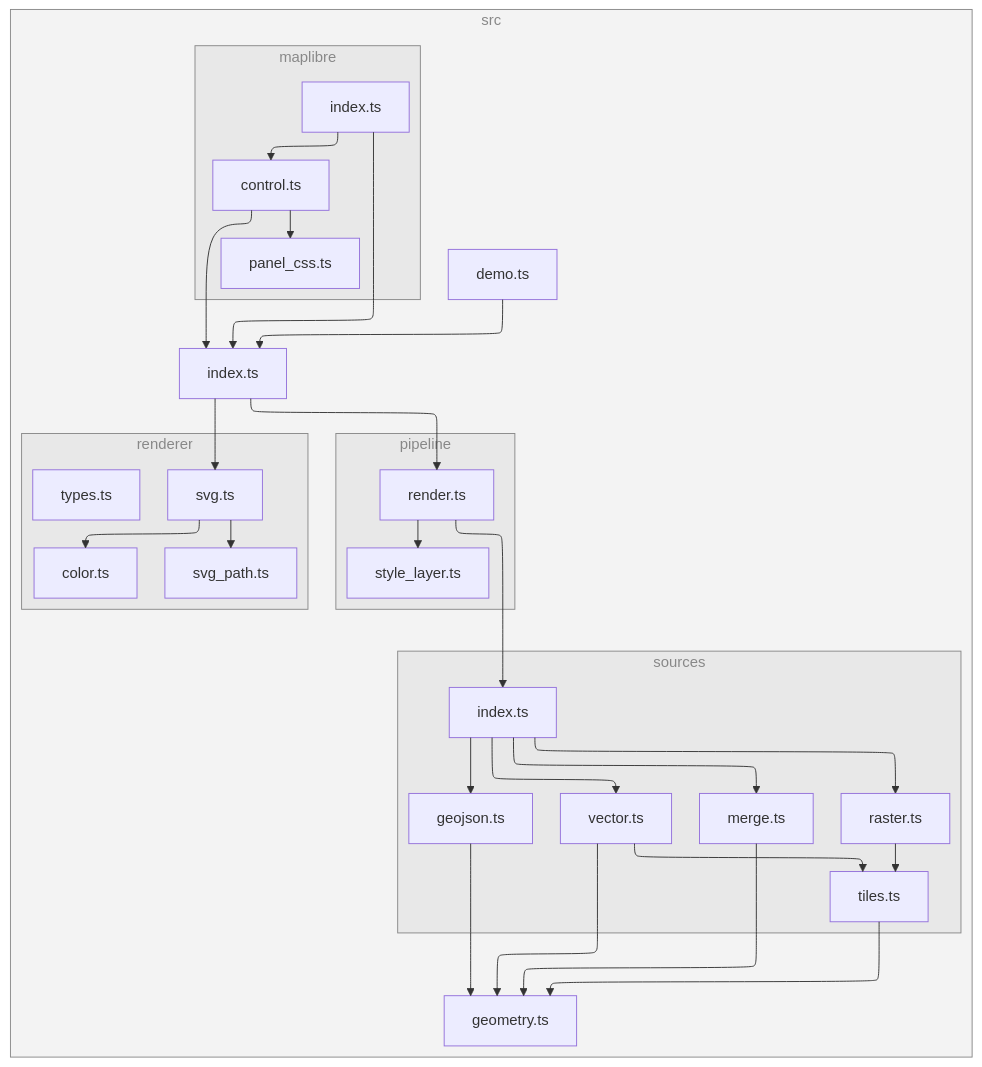
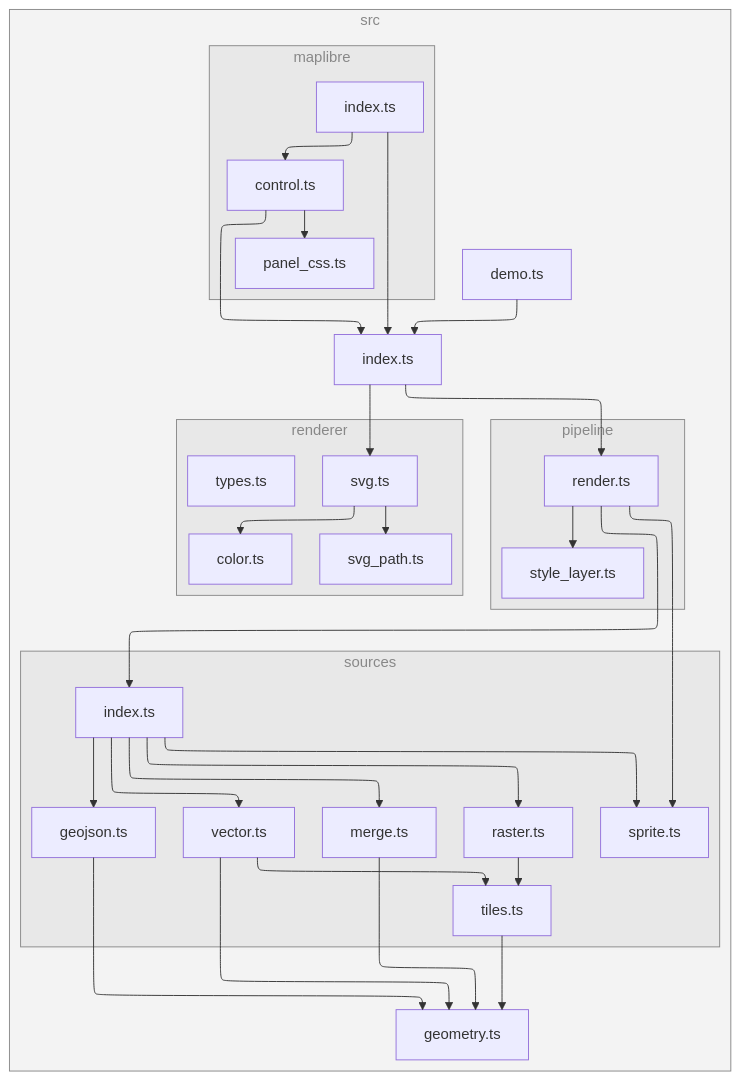
One commit to versatiles-org/versatiles-renderer changed the diagram in README.md. Above: the diagram before and after it, drawn with Mermaid. The commit also changed 3 other files, not shown here.

````diff
--- a/README.md
+++ b/README.md
@@ -126,60 +126,63 @@
 ```mermaid
 ---
 config:
   layout: elk
 ---
 flowchart TB
 
 subgraph 0["src"]
 1["demo.ts"]
 2["index.ts"]
 subgraph 3["pipeline"]
 4["render.ts"]
-D["style_layer.ts"]
+E["style_layer.ts"]
 end
 subgraph 5["sources"]
 6["index.ts"]
 7["geojson.ts"]
 9["merge.ts"]
 A["raster.ts"]
 B["tiles.ts"]
-C["vector.ts"]
+C["sprite.ts"]
+D["vector.ts"]
 end
 8["geometry.ts"]
-subgraph E["renderer"]
-F["svg.ts"]
-G["color.ts"]
-H["svg_path.ts"]
-M["types.ts"]
+subgraph F["renderer"]
+G["svg.ts"]
+H["color.ts"]
+I["svg_path.ts"]
+N["types.ts"]
 end
-subgraph I["maplibre"]
-J["control.ts"]
-K["panel_css.ts"]
-L["index.ts"]
+subgraph J["maplibre"]
+K["control.ts"]
+L["panel_css.ts"]
+M["index.ts"]
 end
 end
 1-->2
 2-->4
-2-->F
+2-->G
 4-->6
-4-->D
+4-->C
+4-->E
 6-->7
 6-->9
 6-->A
 6-->C
+6-->D
 7-->8
 9-->8
 A-->B
 B-->8
-C-->8
-C-->B
-F-->G
-F-->H
-J-->2
-J-->K
-L-->2
-L-->J
+D-->8
+D-->B
+G-->H
+G-->I
+K-->2
+K-->L
+M-->2
+M-->K
 
-class 0,3,5,E,I subgraphs;
+class 0,3,5,F,J subgraphs;
 classDef subgraphs fill-opacity:0.1, fill:#888, color:#888, stroke:#888;
 ```
````
